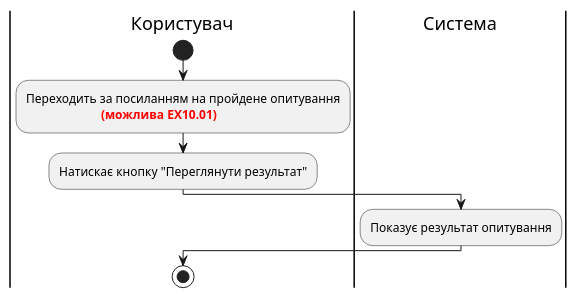
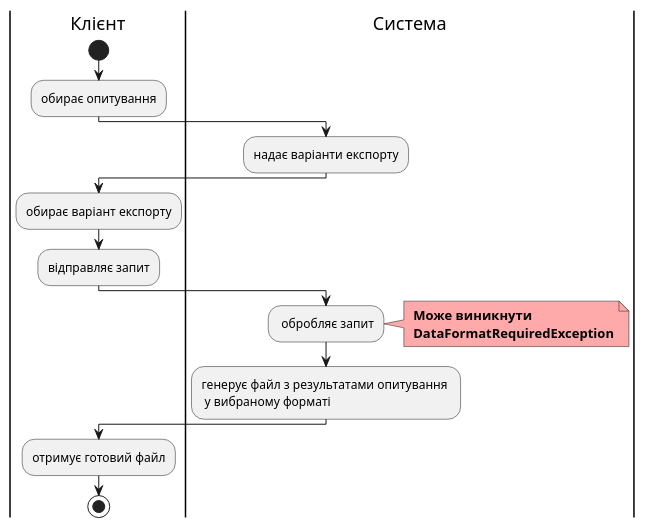
Before and after one commit to xivihwa/edu-db-cw-group1_violetta: diagram 13 of 15 in docs/use cases/README.md, drawn with PlantUML. The commit also changed other lines of this file, not shown here.

```diff
--- a/docs/use cases/README.md
+++ b/docs/use cases/README.md
@@ -402,14 +499,24 @@
 @startuml
 
-|Користувач|
-start;
-:Переходить за посиланням на пройдене опитування\n\t\t\t<font color="red"><b>(можлива ЕХ10.01);
-:Натискає кнопку "Переглянути результат";
+    |Клієнт|
+    start;
+    :обирає опитування;
+    |Система|
+    :надає варіанти експорту;
 
-|Система|
-:Показує результат опитування;
-
-|Користувач|
-stop;
+    |Клієнт|
+    :обирає варіант експорту;
+    :відправляє запит;
+    
+    |Система|
+    : обробляє запит;
+    note right #ffaaaa
+    <b> Може виникнути
+    <b> DataFormatRequiredException
+    end note
+    :генерує файл з результатами опитування \n у вибраному форматі;
+       |Клієнт|
+    :отримує готовий файл;
+    stop;
 
 @enduml
```
